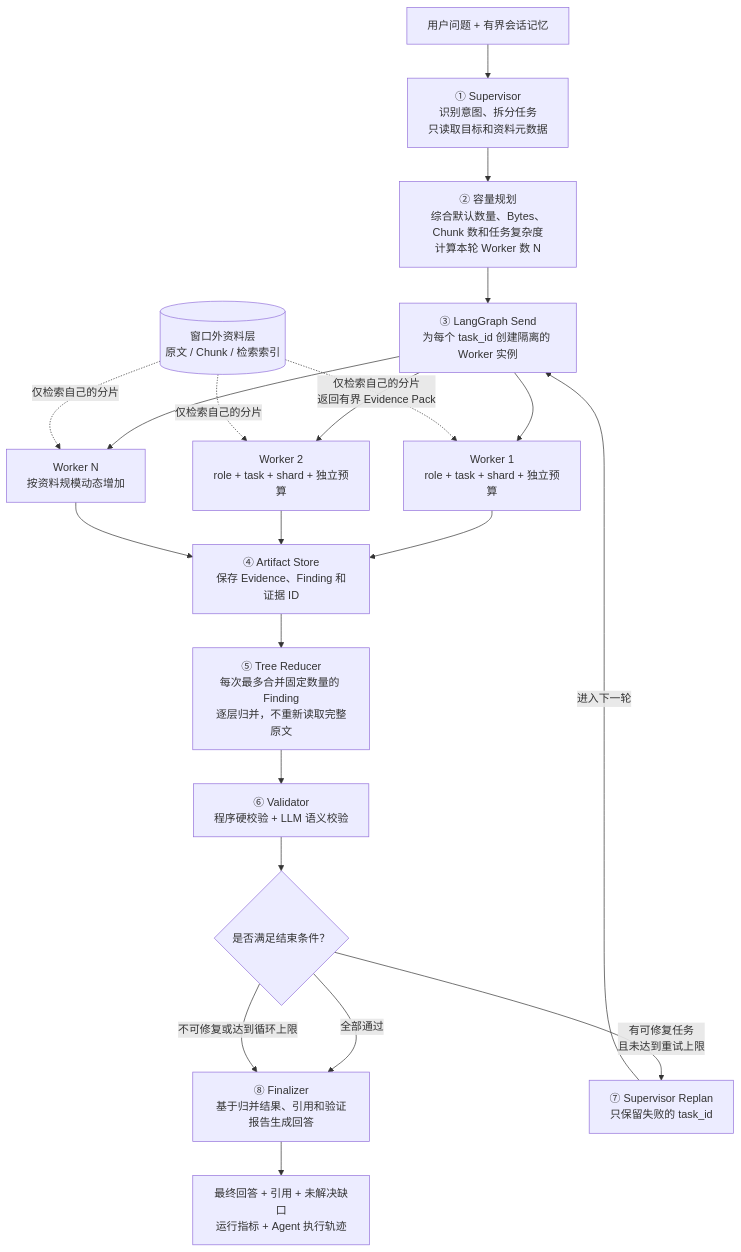
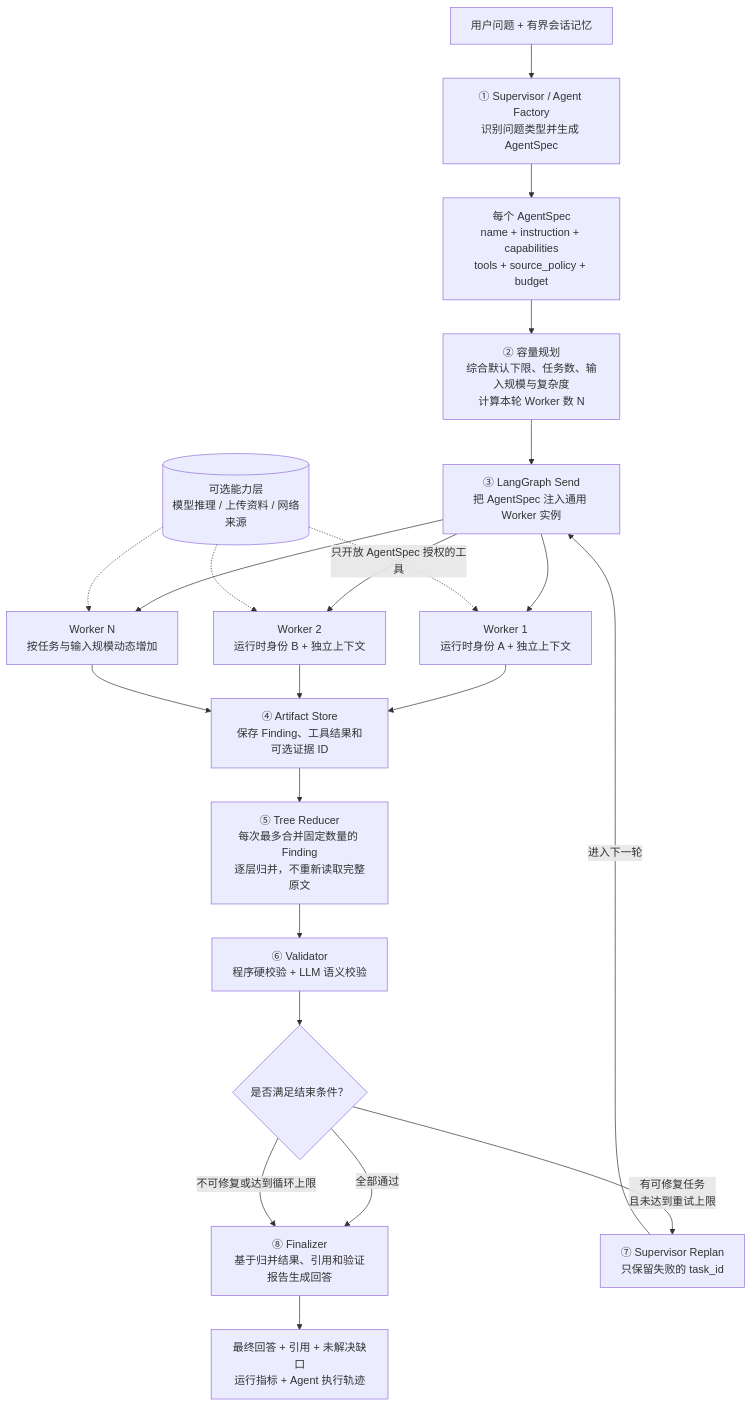
One commit to chilingche1111-blip/Muti-agent changed the first of 2 diagrams in README.md. Above: the diagram before and after it, drawn with Mermaid. The commit also changed other lines of this file and 14 other files, not shown here.

````diff
--- a/README.md
+++ b/README.md
@@ -58,28 +94,29 @@
 ```mermaid
 flowchart TB
-    INPUT["用户问题 + 有界会话记忆"] --> S["① Supervisor<br/>识别意图、拆分任务<br/>只读取目标和资料元数据"]
-    S --> P["② 容量规划<br/>综合默认数量、Bytes、Chunk 数和任务复杂度<br/>计算本轮 Worker 数 N"]
-    P --> D["③ LangGraph Send<br/>为每个 task_id 创建隔离的 Worker 实例"]
+    INPUT["用户问题 + 有界会话记忆"] --> S["① Supervisor / Agent Factory<br/>识别问题类型并生成 AgentSpec"]
+    S --> SPEC["每个 AgentSpec<br/>name + instruction + capabilities<br/>tools + source_policy + budget"]
+    SPEC --> P["② 容量规划<br/>综合默认下限、任务数、输入规模与复杂度<br/>计算本轮 Worker 数 N"]
+    P --> D["③ LangGraph Send<br/>把 AgentSpec 注入通用 Worker 实例"]
 
-    D --> W1["Worker 1<br/>role + task + shard + 独立预算"]
-    D --> W2["Worker 2<br/>role + task + shard + 独立预算"]
-    D --> WN["Worker N<br/>按资料规模动态增加"]
+    D --> W1["Worker 1<br/>运行时身份 A + 独立上下文"]
+    D --> W2["Worker 2<br/>运行时身份 B + 独立上下文"]
+    D --> WN["Worker N<br/>按任务与输入规模动态增加"]
 
-    DATA[("窗口外资料层<br/>原文 / Chunk / 检索索引")] -. "仅检索自己的分片<br/>返回有界 Evidence Pack" .-> W1
-    DATA -. "仅检索自己的分片" .-> W2
-    DATA -. "仅检索自己的分片" .-> WN
+    TOOLS[("可选能力层<br/>模型推理 / 上传资料 / 网络来源")] -. "只开放 AgentSpec 授权的工具" .-> W1
+    TOOLS -.-> W2
+    TOOLS -.-> WN
 
-    W1 --> A["④ Artifact Store<br/>保存 Evidence、Finding 和证据 ID"]
+    W1 --> A["④ Artifact Store<br/>保存 Finding、工具结果和可选证据 ID"]
     W2 --> A
     WN --> A
     A --> R["⑤ Tree Reducer<br/>每次最多合并固定数量的 Finding<br/>逐层归并，不重新读取完整原文"]
     R --> V["⑥ Validator<br/>程序硬校验 + LLM 语义校验"]
     V --> G{"是否满足结束条件？"}
 
     G -->|"全部通过"| F["⑧ Finalizer<br/>基于归并结果、引用和验证报告生成回答"]
     G -->|"有可修复任务<br/>且未达到重试上限"| RP["⑦ Supervisor Replan<br/>只保留失败的 task_id"]
     RP -->|"进入下一轮"| D
     G -->|"不可修复或达到循环上限"| F
 
     F --> OUTPUT["最终回答 + 引用 + 未解决缺口<br/>运行指标 + Agent 执行轨迹"]
 ```
````
